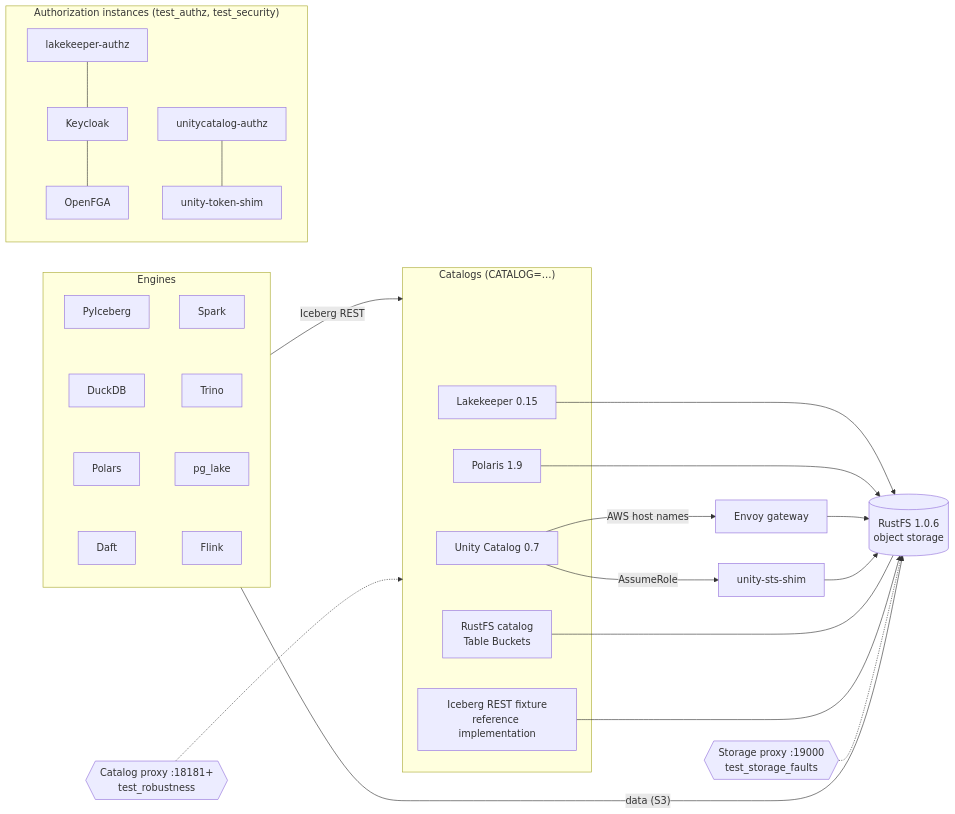
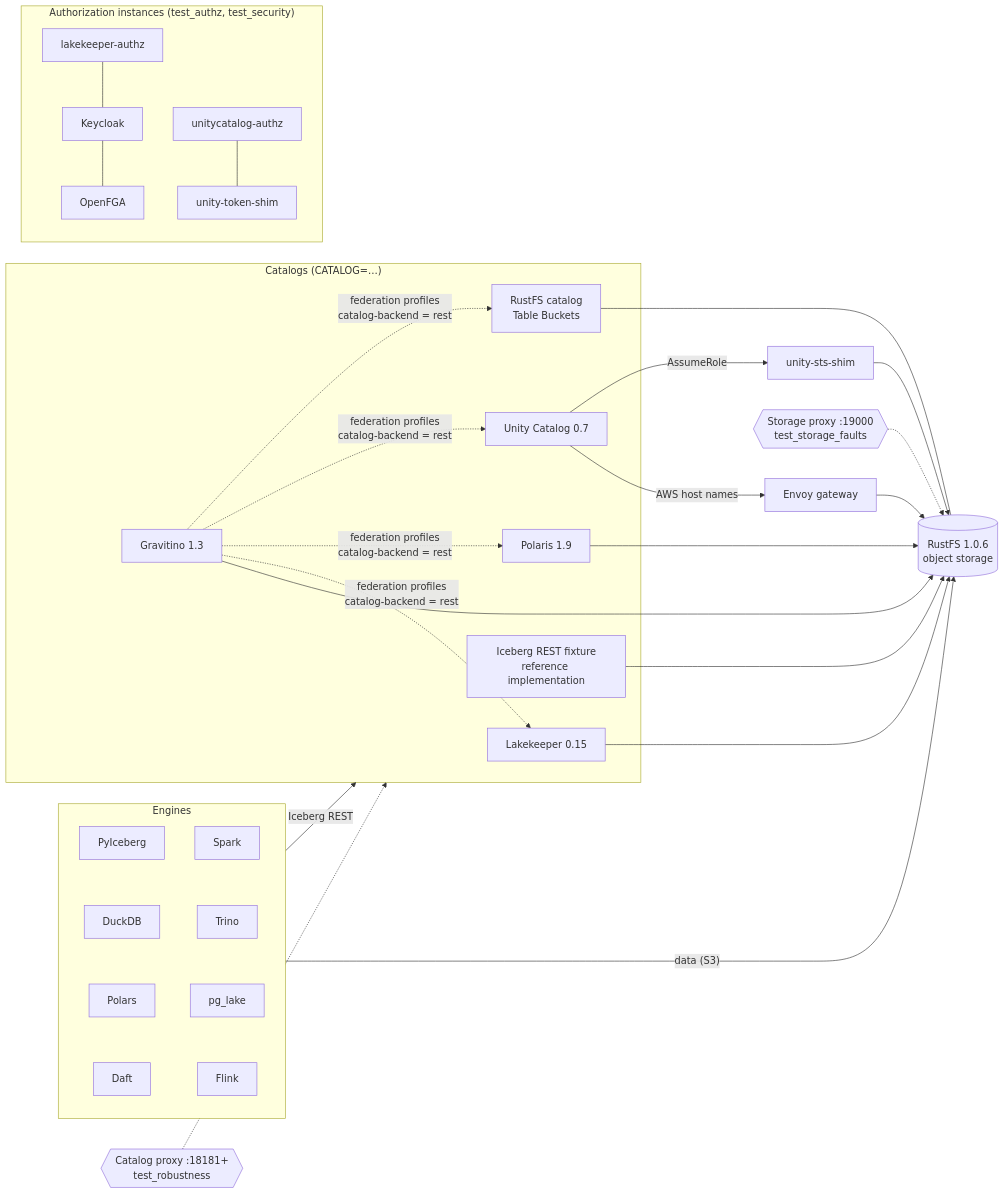
The first of 3 diagrams in README.md (djdtimit/iceberg_lab), drawn with Mermaid before and after one commit. The commit also changed other lines of this file and 125 other files, not shown here.

First line of the commit message:
Gravitino in front of the other catalogs: four federation profiles

````diff
--- a/README.md
+++ b/README.md
@@ -27,27 +31,30 @@
 ```mermaid
 flowchart LR
   subgraph Engines
     PI[PyIceberg] ~~~ DU[DuckDB] ~~~ PO[Polars] ~~~ DA[Daft]
     SP[Spark] ~~~ TR[Trino] ~~~ PG[pg_lake] ~~~ FL[Flink]
   end
   subgraph Catalogs["Catalogs (CATALOG=…)"]
     LK[Lakekeeper 0.15]
     PL[Polaris 1.9]
     UC[Unity Catalog 0.7]
     RC[RustFS catalog<br/>Table Buckets]
     RF[Iceberg REST fixture<br/>reference implementation]
+    GV[Gravitino 1.3]
   end
   subgraph Authz["Authorization instances (test_authz, test_security)"]
     LKA[lakekeeper-authz] --- KC[Keycloak] --- FGA[OpenFGA]
     UCA[unitycatalog-authz] --- TS[unity-token-shim]
   end
   Engines -- "Iceberg REST" --> Catalogs
   Engines -- "data (S3)" --> RS[(RustFS 1.0.6<br/>object storage)]
   LK & PL --> RS
   UC -- "AWS host names" --> GW[Envoy gateway] --> RS
   UC -- "AssumeRole" --> STS[unity-sts-shim] --> RS
   RC --- RS
   RF --> RS
+  GV --> RS
+  GV -. "federation profiles<br/>catalog-backend = rest" .-> LK & PL & UC & RC
   CP{{Catalog proxy :18181+<br/>test_robustness}} -.-> Catalogs
   SPX{{Storage proxy :19000<br/>test_storage_faults}} -.-> RS
 ```
````
